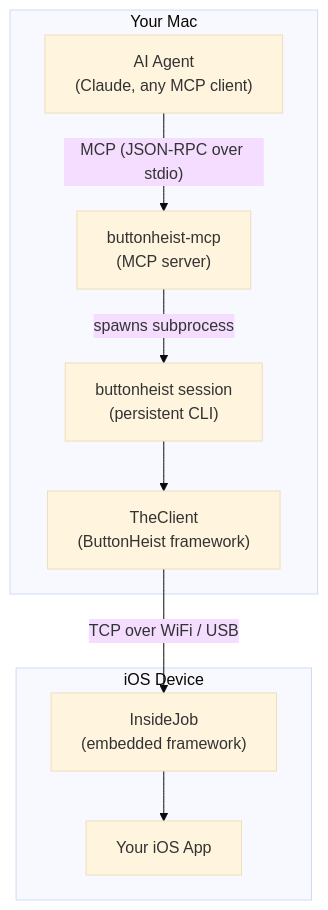
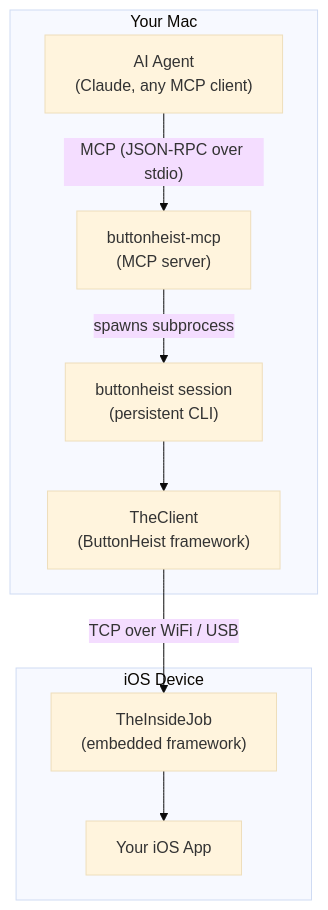
One commit to RoyalPineapple/TheButtonHeist changed the diagram in README.md. Above: the diagram before and after it, drawn with Mermaid (base theme). The commit also changed other lines of this file and 66 other files, not shown here.

Commit message:
Rename InsideJob to TheInsideJob (framework and class only)

````diff
--- a/README.md
+++ b/README.md
@@ -55,27 +55,27 @@
 ```mermaid
 graph TD
     AI["AI Agent<br/>(Claude, any MCP client)"]
     MCP["buttonheist-mcp<br/>(MCP server)"]
     Session["buttonheist session<br/>(persistent CLI)"]
     Client["TheClient<br/>(ButtonHeist framework)"]
-    IJ["InsideJob<br/>(embedded framework)"]
+    IJ["TheInsideJob<br/>(embedded framework)"]
     App["Your iOS App"]
 
     AI -->|"MCP (JSON-RPC over stdio)"| MCP
     MCP -->|"spawns subprocess"| Session
     Session --> Client
     Client -->|"TCP over WiFi / USB"| IJ
     IJ --> App
 
     subgraph Mac["Your Mac"]
         AI
         MCP
         Session
         Client
     end
 
     subgraph Device["iOS Device"]
         IJ
         App
     end
 ```
````
